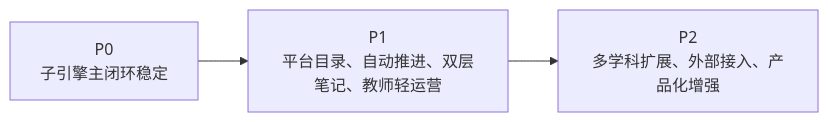
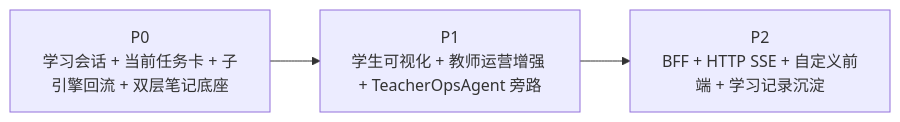
The third of 3 diagrams in doc/智能体文档/平台层/AI主导学习平台-总体架构设计.md (chenqsq/doc-showcase), drawn with Mermaid before and after one commit. The commit also changed other lines of this file and 20 other files, not shown here.

````diff
--- a/doc/智能体文档/平台层/AI主导学习平台-总体架构设计.md
+++ b/doc/智能体文档/平台层/AI主导学习平台-总体架构设计.md
@@ -130,4 +115,5 @@
 ```mermaid
 flowchart LR
-    A["P0<br/>子引擎主闭环稳定"] --> B["P1<br/>平台目录、自动推进、双层笔记、教师轻运营"] --> C["P2<br/>多学科扩展、外部接入、产品化增强"]
+    A["P0<br/>学习会话 + 当前任务卡 + 子引擎回流 + 双层笔记底座"] --> B["P1<br/>学生可视化 + 教师运营增强 + TeacherOpsAgent 旁路"]
+    B --> C["P2<br/>BFF + HTTP SSE + 自定义前端 + 学习记录沉淀"]
 ```
````
